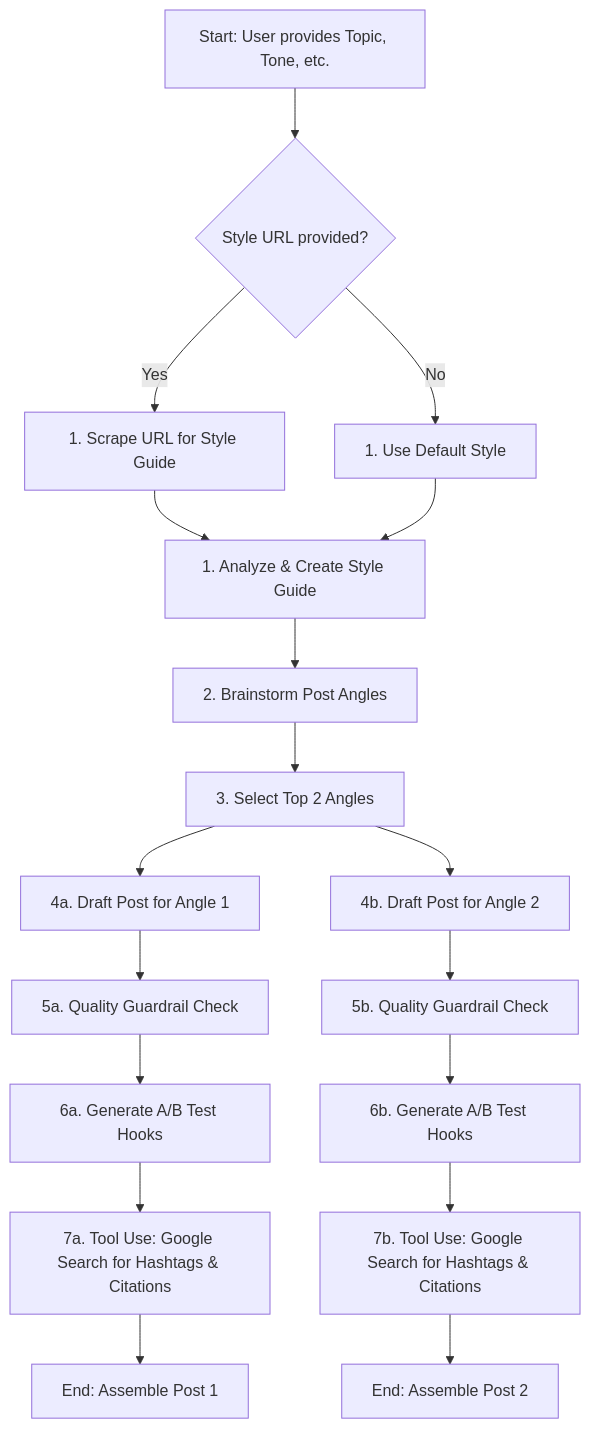
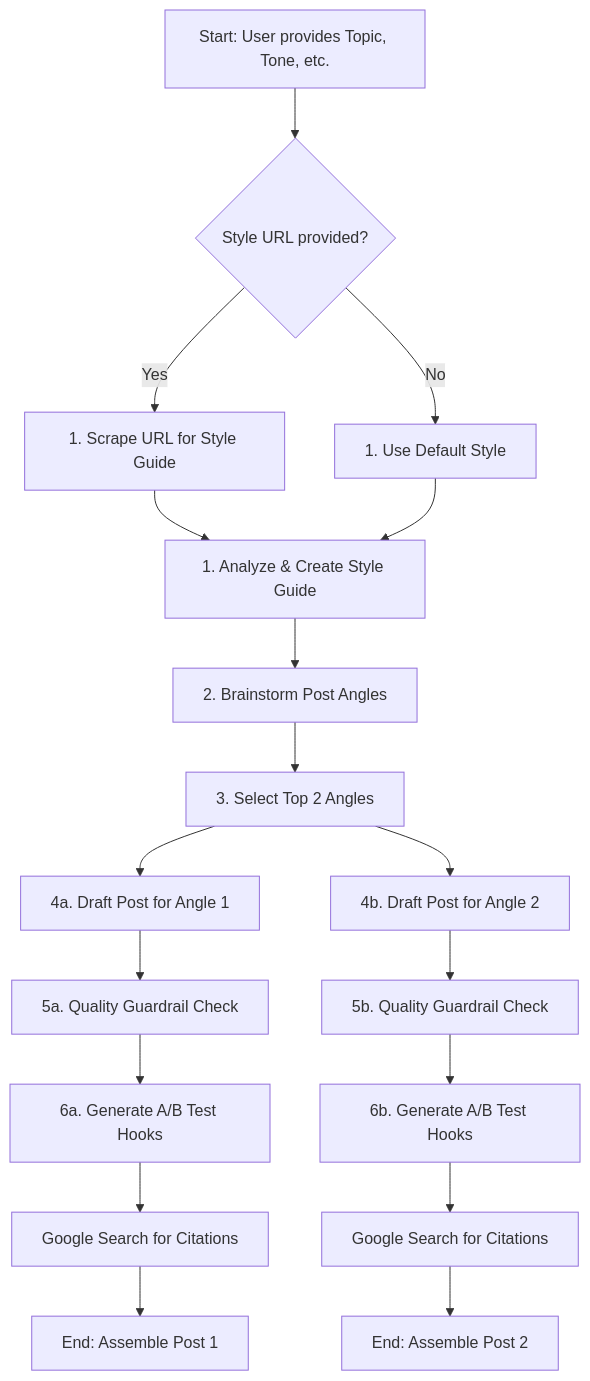
The diagram in README.md (EuclidStellar/linkedin-nugget), drawn with Mermaid before and after one commit.

Commit message:
fix: Clarify diagram labels for Google Search tool usage in citations

````diff
--- a/README.md
+++ b/README.md
@@ -40,20 +40,20 @@
 ```mermaid
 graph TD
     A[Start: User provides Topic, Tone, etc.] --> B{Style URL provided?};
     B -- Yes --> C[1. Scrape URL for Style Guide];
     B -- No --> D[1. Use Default Style];
     C --> E[1. Analyze & Create Style Guide];
     D --> E;
     E --> F[2. Brainstorm Post Angles];
     F --> G[3. Select Top 2 Angles];
     G --> H1[4a. Draft Post for Angle 1];
     G --> H2[4b. Draft Post for Angle 2];
     H1 --> I1[5a. Quality Guardrail Check];
     H2 --> I2[5b. Quality Guardrail Check];
     I1 --> J1[6a. Generate A/B Test Hooks];
     I2 --> J2[6b. Generate A/B Test Hooks];
-    J1 --> K1[7a. Tool Use: Google Search for Hashtags & Citations];
-    J2 --> K2[7b. Tool Use: Google Search for Hashtags & Citations];
+    J1 --> K1[Google Search for Citations];
+    J2 --> K2[Google Search for Citations];
     K1 --> L1[End: Assemble Post 1];
     K2 --> L2[End: Assemble Post 2];
 ```
````
